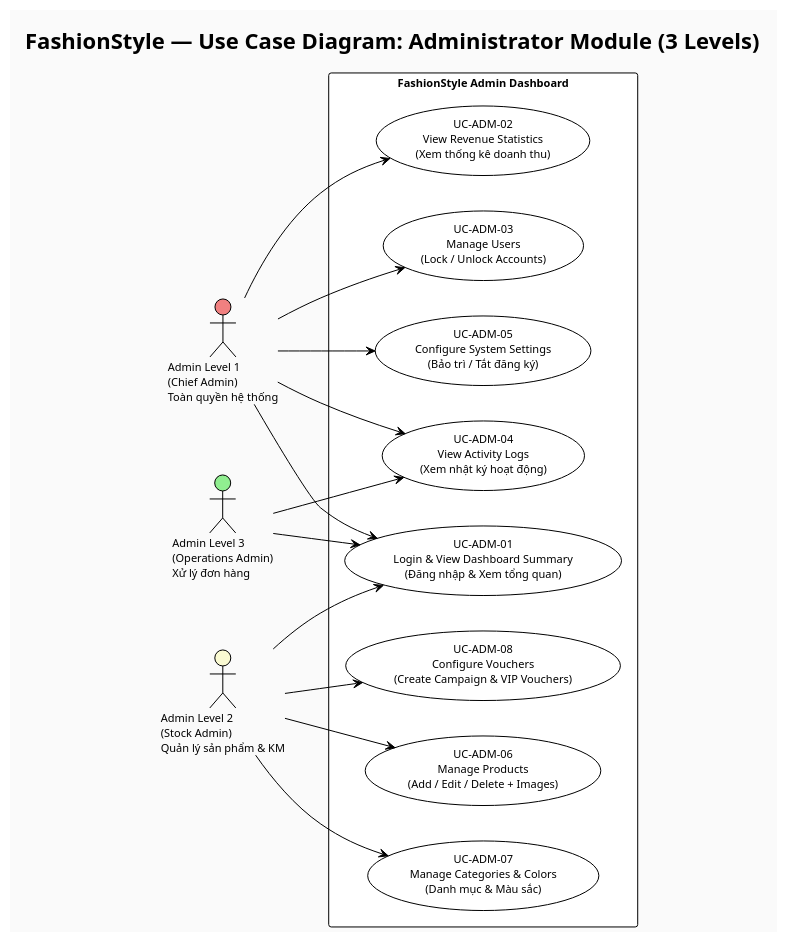
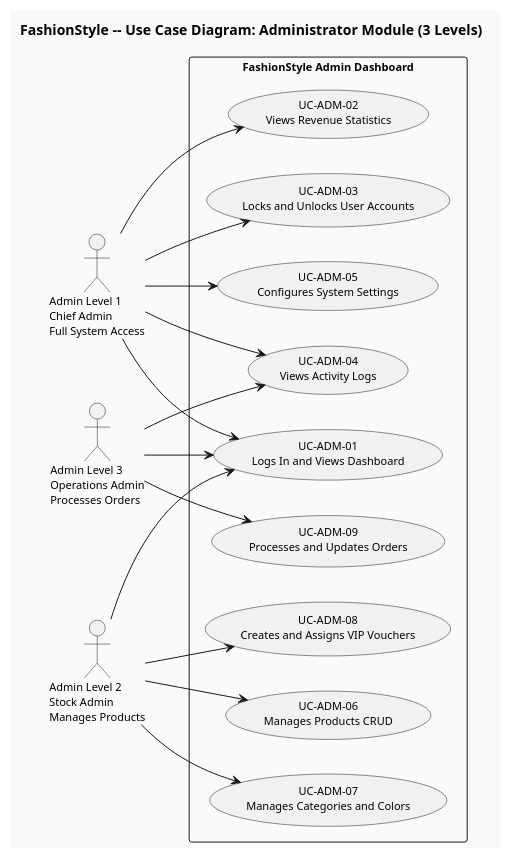
The third of 9 diagrams in PlantUML_Diagrams.md (TungVuk4/Final-Project), drawn with PlantUML before and after one commit. The commit also changed other lines of this file and 2 other files, not shown here.

````diff
--- a/PlantUML_Diagrams.md
+++ b/PlantUML_Diagrams.md
@@ -112,39 +113,41 @@
 ```plantuml
-@startuml FashionStyle_UseCase_Admin
-!theme plain
+@startuml
+left to right direction
 skinparam backgroundColor #FAFAFA
-left to right direction
 skinparam defaultFontSize 11
 
-title FashionStyle — Use Case Diagram: Administrator Module (3 Levels)
+title FashionStyle -- Use Case Diagram: Administrator Module (3 Levels)
 
-actor "Admin Level 1\n(Chief Admin)\nToàn quyền hệ thống" as A1 #LightCoral
-actor "Admin Level 2\n(Stock Admin)\nQuản lý sản phẩm & KM" as A2 #LightGoldenRodYellow
-actor "Admin Level 3\n(Operations Admin)\nXử lý đơn hàng" as A3 #LightGreen
+actor "Admin Level 1\nChief Admin\nFull System Access" as A1
+actor "Admin Level 2\nStock Admin\nManages Products" as A2
+actor "Admin Level 3\nOperations Admin\nProcesses Orders" as A3
 
 rectangle "FashionStyle Admin Dashboard" {
-  usecase "UC-ADM-01\nLogin & View Dashboard Summary\n(Đăng nhập & Xem tổng quan)" as UA1
-  usecase "UC-ADM-02\nView Revenue Statistics\n(Xem thống kê doanh thu)" as UA2
-  usecase "UC-ADM-03\nManage Users\n(Lock / Unlock Accounts)" as UA3
-  usecase "UC-ADM-04\nView Activity Logs\n(Xem nhật ký hoạt động)" as UA4
-  usecase "UC-ADM-05\nConfigure System Settings\n(Bảo trì / Tắt đăng ký)" as UA5
-  usecase "UC-ADM-06\nManage Products\n(Add / Edit / Delete + Images)" as UA6
-  usecase "UC-ADM-07\nManage Categories & Colors\n(Danh mục & Màu sắc)" as UA7
-  usecase "UC-ADM-08\nConfigure Vouchers\n(Create Campaign & VIP Vouchers)" as UA8
+  usecase "UC-ADM-01\nLogs In and Views Dashboard" as UA1
+  usecase "UC-ADM-02\nViews Revenue Statistics" as UA2
+  usecase "UC-ADM-03\nLocks and Unlocks User Accounts" as UA3
+  usecase "UC-ADM-04\nViews Activity Logs" as UA4
+  usecase "UC-ADM-05\nConfigures System Settings" as UA5
+  usecase "UC-ADM-06\nManages Products CRUD" as UA6
+  usecase "UC-ADM-07\nManages Categories and Colors" as UA7
+  usecase "UC-ADM-08\nCreates and Assigns VIP Vouchers" as UA8
+  usecase "UC-ADM-09\nProcesses and Updates Orders" as UA9
 }
 
 A1 --> UA1
 A1 --> UA2
 A1 --> UA3
 A1 --> UA4
 A1 --> UA5
 
 A2 --> UA1
 A2 --> UA6
 A2 --> UA7
 A2 --> UA8
 
 A3 --> UA1
 A3 --> UA4
+A3 --> UA9
+
 @enduml
 ```
````
